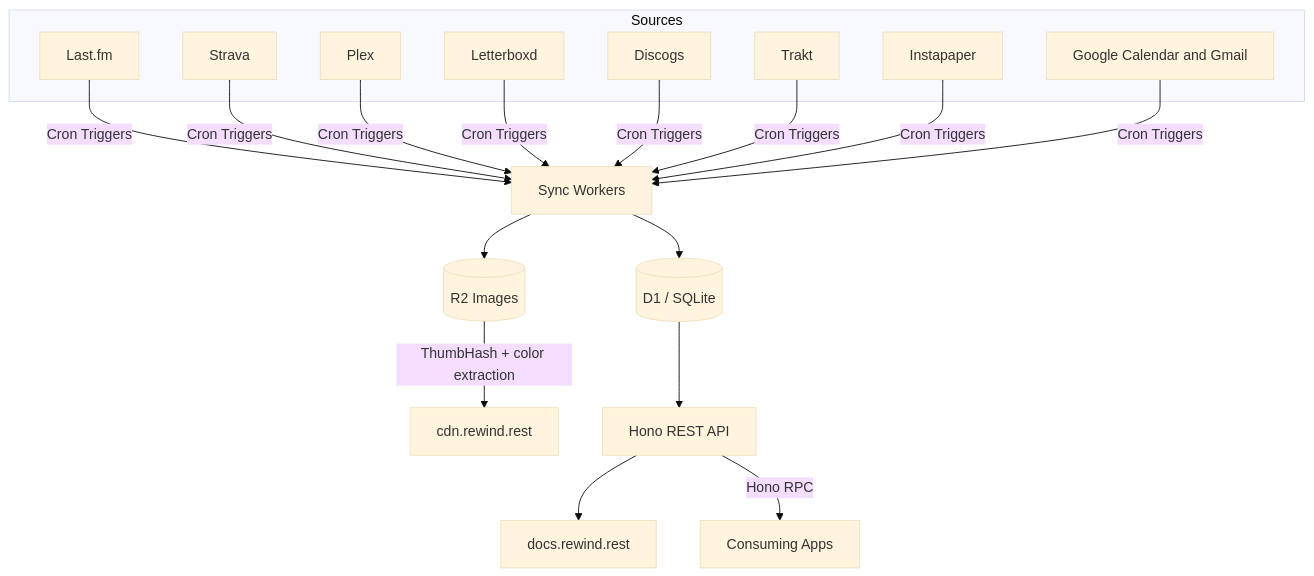
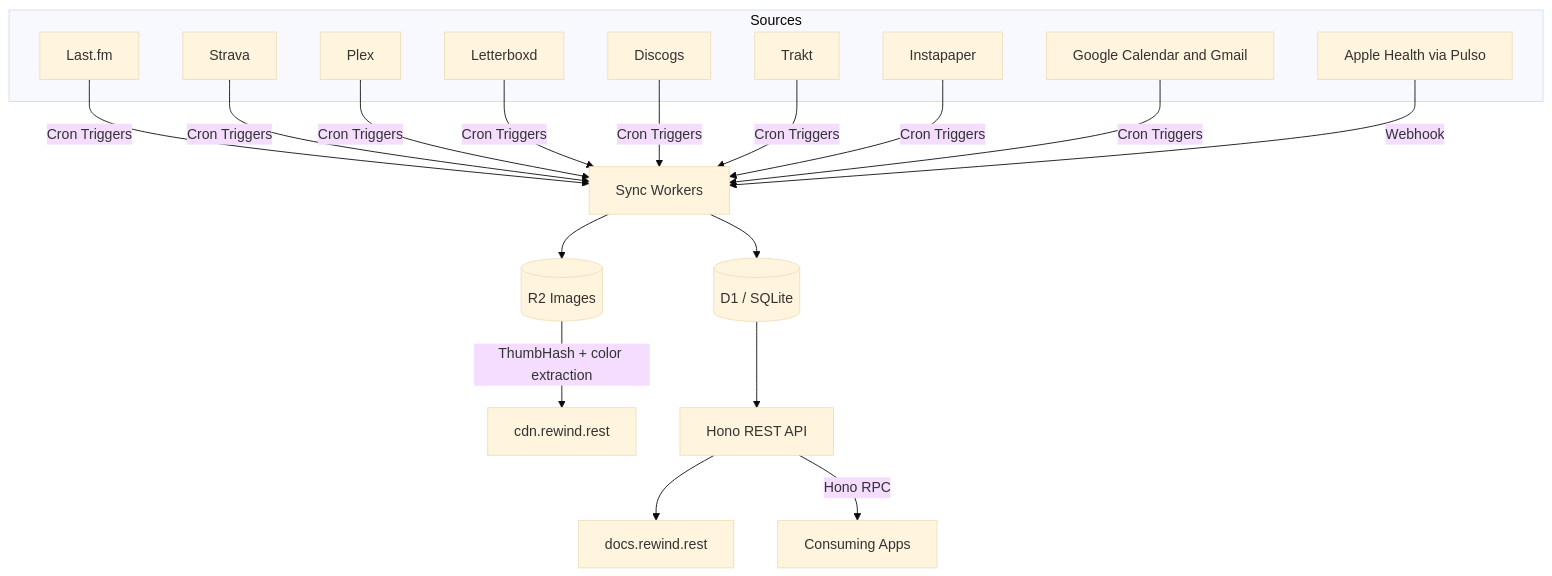
Before and after one commit to pdugan20/rewind: the diagram in docs/ARCHITECTURE.md, drawn with Mermaid (base theme). The commit also changed other lines of this file and 18 other files, not shown here.

First line of the commit message:
feat(running): ingest runs from Apple Health via Pulso (#412)

````diff
--- a/docs/ARCHITECTURE.md
+++ b/docs/ARCHITECTURE.md
@@ -3,21 +3,23 @@
 ```mermaid
 graph TD
     subgraph Sources
         LF[Last.fm]
         ST[Strava]
+        AH[Apple Health via Pulso]
         PX[Plex]
         LB[Letterboxd]
         DC[Discogs]
         TR[Trakt]
         IP[Instapaper]
         GC[Google Calendar and Gmail]
     end
 
     LF & ST & PX & LB & DC & TR & IP & GC -->|Cron Triggers| SW[Sync Workers]
+    AH -->|Webhook| SW
     SW --> D1[(D1 / SQLite)]
     SW --> R2[(R2 Images)]
     R2 -->|ThumbHash + color extraction| CDN[cdn.rewind.rest]
     D1 --> API[Hono REST API]
     API --> DOCS[docs.rewind.rest]
     API -->|Hono RPC| SITE[Consuming Apps]
 ```
````
